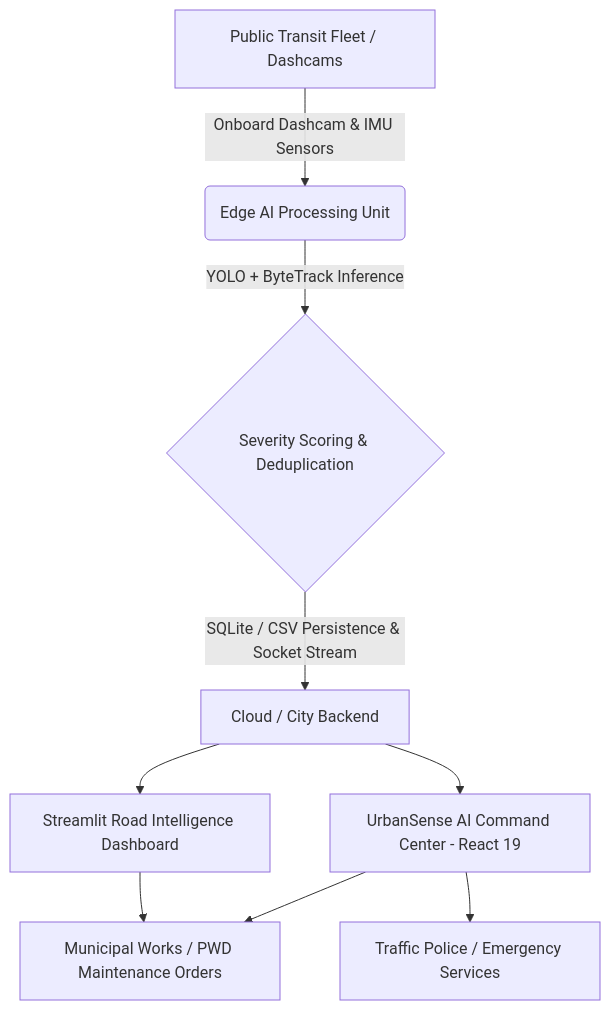
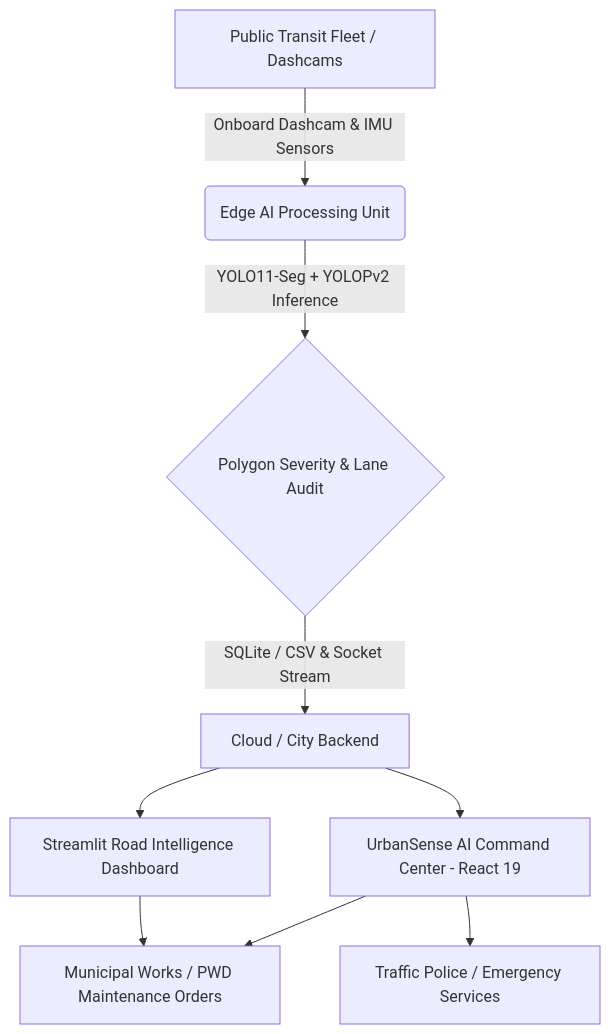
The second of 2 diagrams in README.md (prathameshmowade/urbansense-ai), drawn with Mermaid before and after one commit. The commit also changed other lines of this file and 6 other files, not shown here.

Commit message:
feat: upgrade edge AI architecture to YOLO11-Seg, YOLOPv2 panoptic perception, and RDD2022 taxonomy

````diff
--- a/README.md
+++ b/README.md
@@ -47,10 +59,10 @@
 ```mermaid
 graph TD
     A[Public Transit Fleet / Dashcams] -->|Onboard Dashcam & IMU Sensors| B(Edge AI Processing Unit)
-    B -->|YOLO + ByteTrack Inference| C{Severity Scoring & Deduplication}
-    C -->|SQLite / CSV Persistence & Socket Stream| D[Cloud / City Backend]
+    B -->|YOLO11-Seg + YOLOPv2 Inference| C{Polygon Severity & Lane Audit}
+    C -->|SQLite / CSV & Socket Stream| D[Cloud / City Backend]
     D --> E[UrbanSense AI Command Center - React 19]
     D --> F[Streamlit Road Intelligence Dashboard]
     E & F --> G[Municipal Works / PWD Maintenance Orders]
     E --> H[Traffic Police / Emergency Services]
 ```
````
